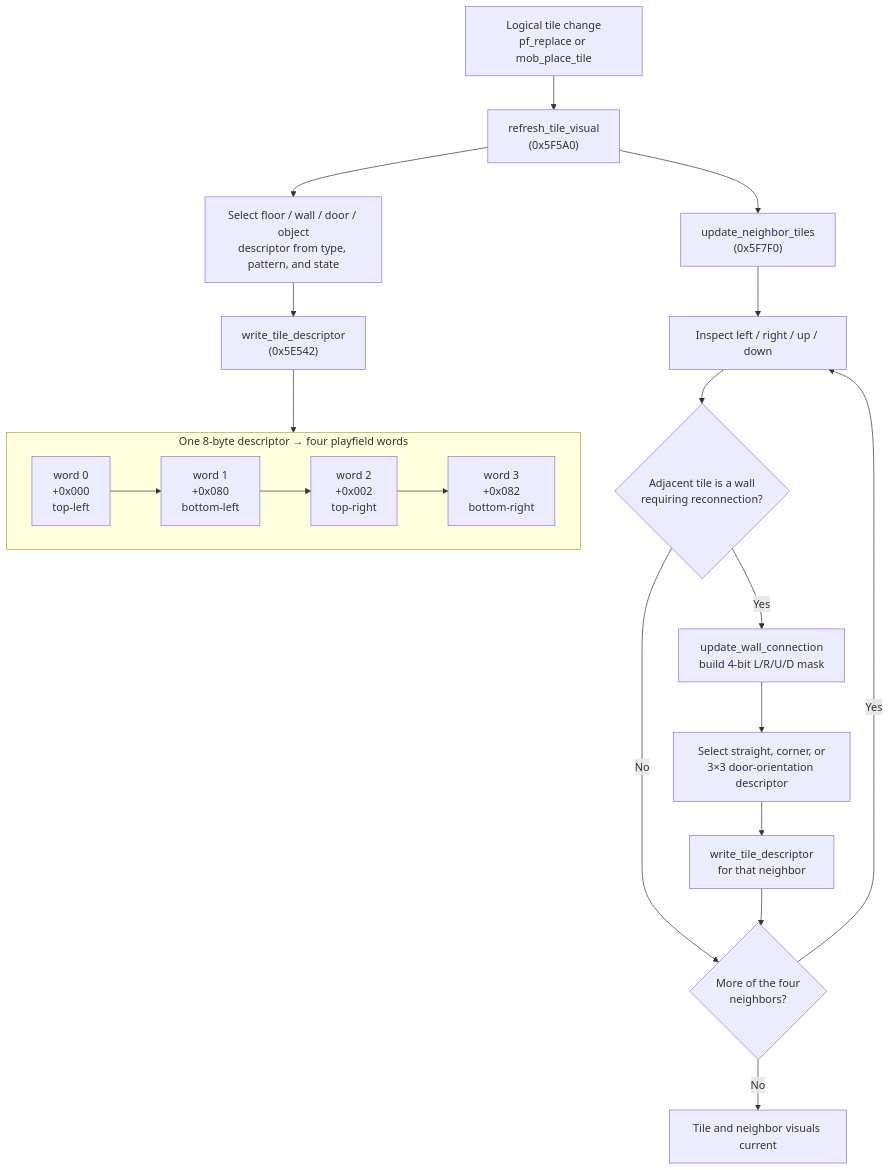
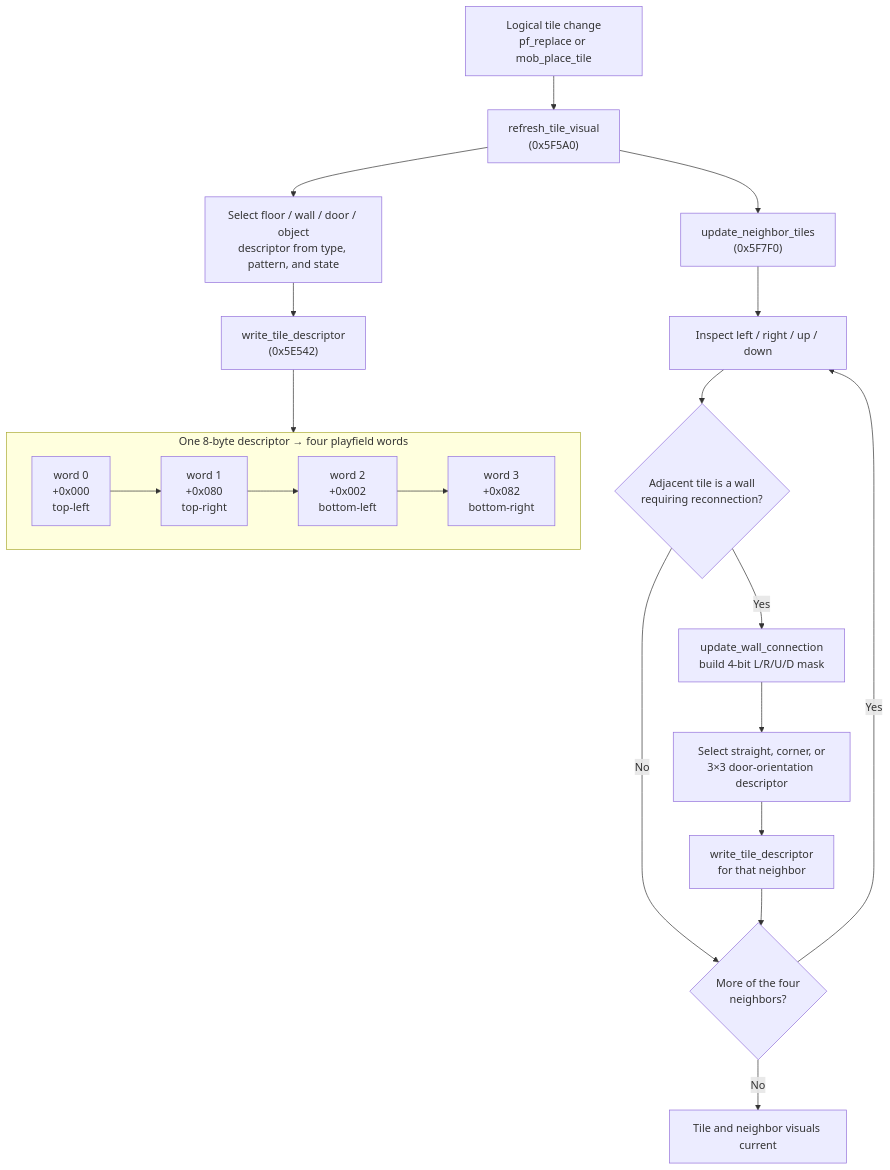
Before and after one commit to alinsavix/gauntlet-gamerom-ai-reveng: the first of 3 diagrams in doc/04_game_subsystems.md, drawn with Mermaid. The commit also changed other lines of this file and 62 other files, not shown here.

````diff
--- a/doc/04_game_subsystems.md
+++ b/doc/04_game_subsystems.md
@@ -928,23 +1136,23 @@
 ```mermaid
 flowchart TD
     change["Logical tile change<br/>pf_replace or mob_place_tile"] --> refresh["refresh_tile_visual<br/>(0x5F5A0)"]
     refresh --> select["Select floor / wall / door / object<br/>descriptor from type, pattern, and state"]
     select --> write["write_tile_descriptor<br/>(0x5E542)"]
 
     subgraph block["One 8-byte descriptor → four playfield words"]
         direction LR
-        tl["word 0<br/>+0x000<br/>top-left"] --> bl["word 1<br/>+0x080<br/>bottom-left"] --> tr["word 2<br/>+0x002<br/>top-right"] --> br["word 3<br/>+0x082<br/>bottom-right"]
+        tl["word 0<br/>+0x000<br/>top-left"] --> tr["word 1<br/>+0x080<br/>top-right"] --> bl["word 2<br/>+0x002<br/>bottom-left"] --> br["word 3<br/>+0x082<br/>bottom-right"]
     end
     write --> tl
 
     refresh --> neighbors["update_neighbor_tiles<br/>(0x5F7F0)"]
     neighbors --> each["Inspect left / right / up / down"]
     each --> wall{"Adjacent tile is a wall<br/>requiring reconnection?"}
     wall -- "No" --> more{"More of the four<br/>neighbors?"}
     wall -- "Yes" --> mask["update_wall_connection<br/>build 4-bit L/R/U/D mask"]
     mask --> table["Select straight, corner, or<br/>3×3 door-orientation descriptor"]
     table --> rewrite["write_tile_descriptor<br/>for that neighbor"]
     rewrite --> more
     more -- "Yes" --> each
     more -- "No" --> finish["Tile and neighbor visuals current"]
 ```
````
